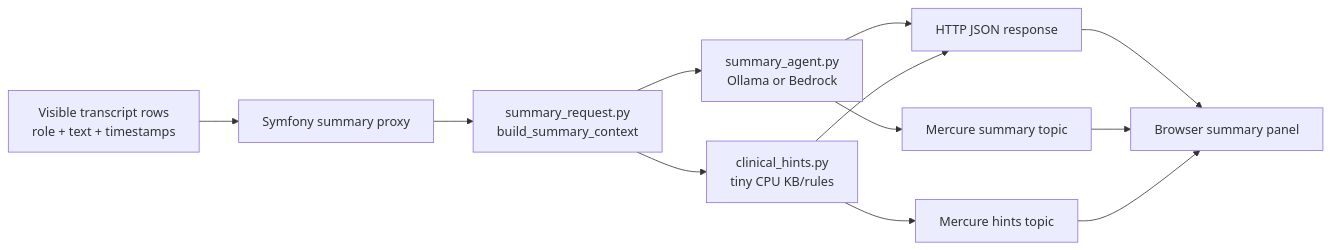
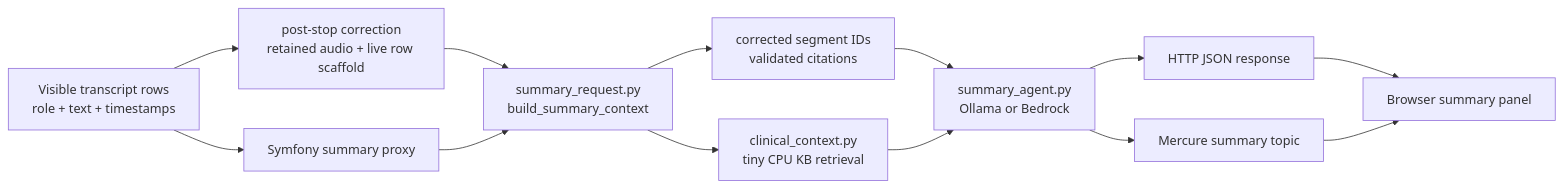
One commit to blundergoat/ambient-scribe changed the seventh of 7 diagrams in README_HOW_IT_WORKS.md. Above: the diagram before and after it, drawn with Mermaid. The commit also changed other lines of this file and 54 other files, not shown here.

First line of the commit message:
Add corrected transcript storage, retrieval, and summary integration

````diff
--- a/README_HOW_IT_WORKS.md
+++ b/README_HOW_IT_WORKS.md
@@ -314,17 +355,18 @@
 ```mermaid
 flowchart LR
     Visible["Visible transcript rows\nrole + text + timestamps"]
+    Correction["post-stop correction\nretained audio + live row scaffold"]
     Symfony["Symfony summary proxy"]
     Context["summary_request.py\nbuild_summary_context"]
     Agent["summary_agent.py\nOllama or Bedrock"]
-    KB["clinical_hints.py\ntiny CPU KB/rules"]
+    Sources["corrected segment IDs\nvalidated citations"]
+    KB["clinical_context.py\ntiny CPU KB retrieval"]
     MercureSummary["Mercure summary topic"]
-    MercureHints["Mercure hints topic"]
     HTTP["HTTP JSON response"]
     Browser["Browser summary panel"]
 
-    Visible --> Symfony --> Context --> Agent --> HTTP --> Browser
+    Visible --> Correction --> Context
+    Visible --> Symfony --> Context --> Sources --> Agent --> HTTP --> Browser
     Agent --> MercureSummary --> Browser
-    Context --> KB --> MercureHints --> Browser
-    KB --> HTTP
+    Context --> KB --> Agent
 ```
````
